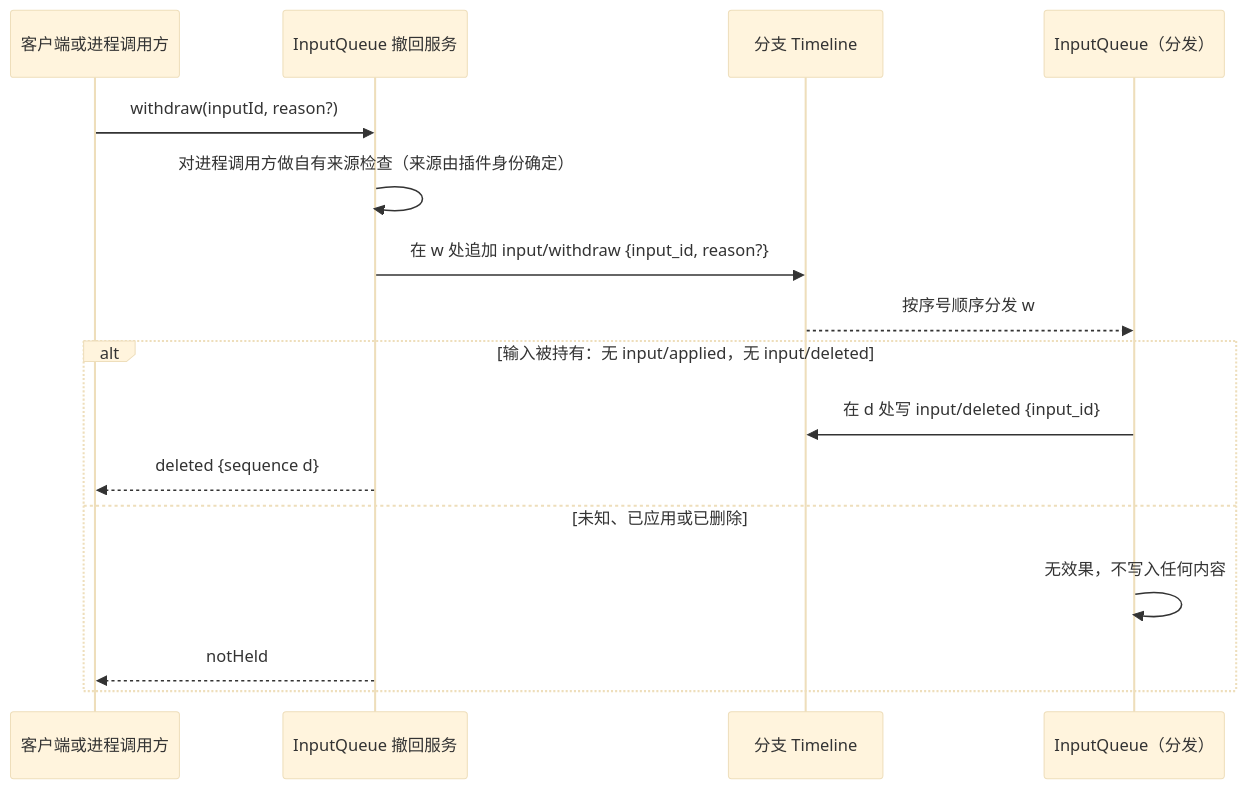
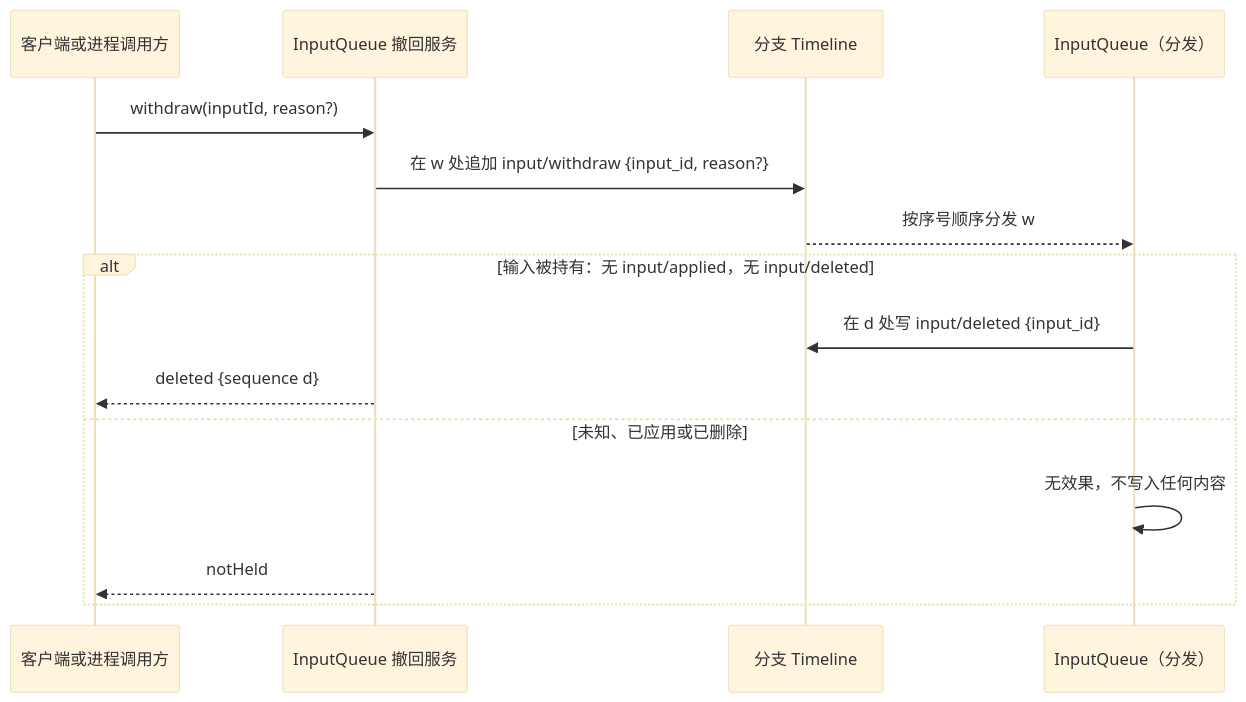
The third of 3 diagrams in docs/zh/design/contracts/session-access.md (CoutinhoTTS/dim-agent), drawn with Mermaid (base theme) before and after one commit. The commit also changed other lines of this file and 3 other files, not shown here.

````diff
--- a/docs/zh/design/contracts/session-access.md
+++ b/docs/zh/design/contracts/session-access.md
@@ -97,18 +97,17 @@
 ```mermaid
 sequenceDiagram
   participant C as 客户端或进程调用方
   participant W as InputQueue 撤回服务
   participant TL as 分支 Timeline
   participant IQ as InputQueue（分发）
   C->>W: withdraw(inputId, reason?)
-  W->>W: 对进程调用方做自有来源检查（来源由插件身份确定）
   W->>TL: 在 w 处追加 input/withdraw {input_id, reason?}
   TL-->>IQ: 按序号顺序分发 w
   alt 输入被持有：无 input/applied，无 input/deleted
     IQ->>TL: 在 d 处写 input/deleted {input_id}
     W-->>C: deleted {sequence d}
   else 未知、已应用或已删除
     IQ->>IQ: 无效果，不写入任何内容
     W-->>C: notHeld
   end
 ```
````
